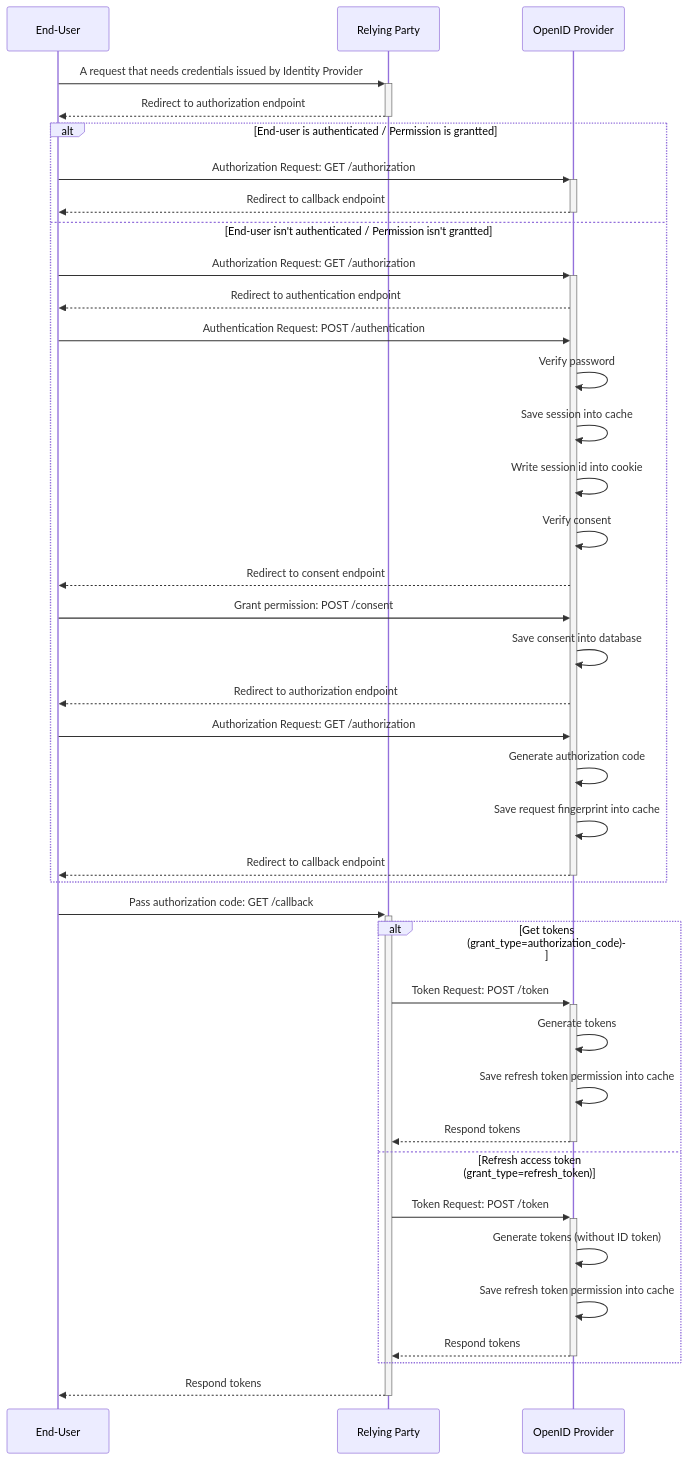
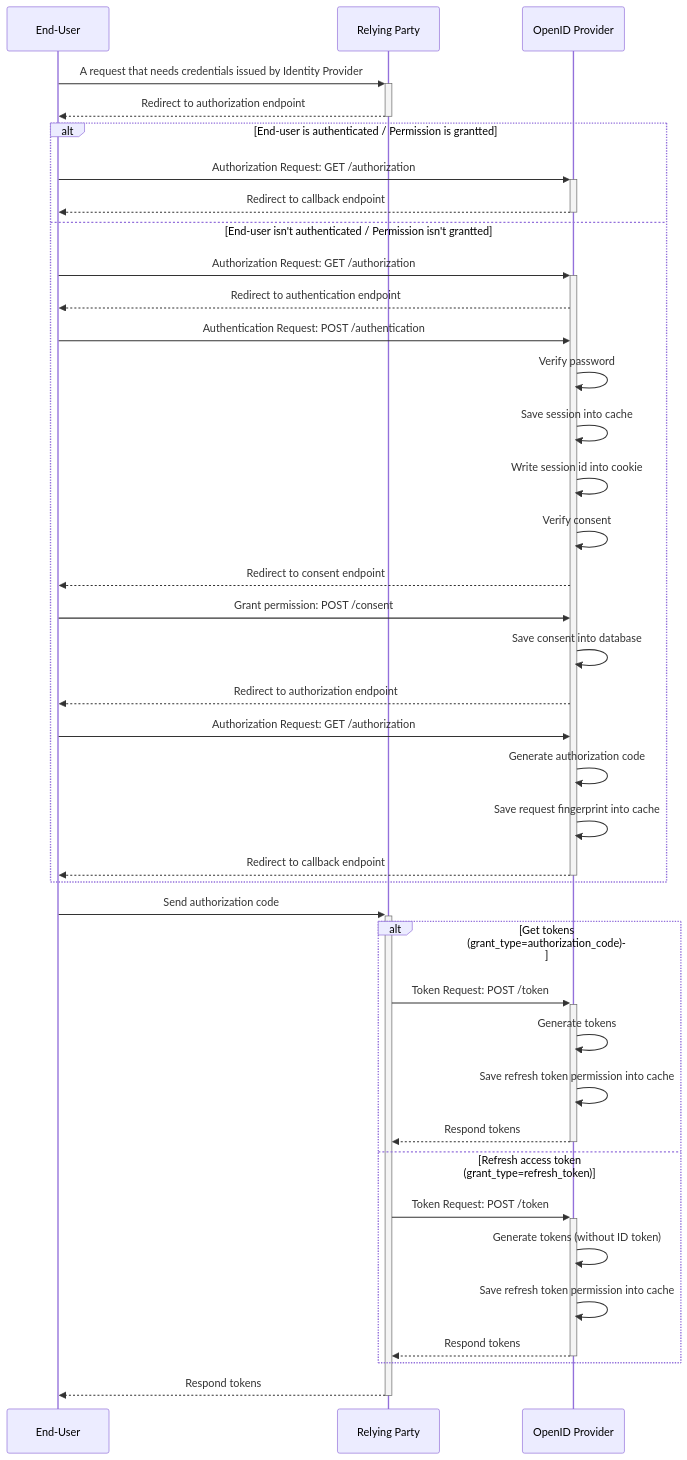
The diagram in docs/uml/sequences/authorization_code_flow/README.md (42milez/go-oidc-expt), drawn with Mermaid before and after one commit.

````diff
--- a/docs/uml/sequences/authorization_code_flow/README.md
+++ b/docs/uml/sequences/authorization_code_flow/README.md
@@ -3,49 +3,49 @@
 ```mermaid
 sequenceDiagram
   participant EndUser as End-User
   participant RP as Relying Party
   participant OP as OpenID Provider
 
   EndUser ->>+ RP: A request that needs credentials issued by Identity Provider
   RP -->>- EndUser: Redirect to authorization endpoint
 
   alt End-user is authenticated / Permission is grantted
     EndUser ->>+ OP: Authorization Request: GET /authorization
     OP -->>- EndUser: Redirect to callback endpoint
   else End-user isn't authenticated / Permission isn't grantted
     EndUser ->>+ OP: Authorization Request: GET /authorization
     OP -->> EndUser: Redirect to authentication endpoint
 
     EndUser ->> OP: Authentication Request: POST /authentication
     OP ->> OP: Verify password
     OP ->> OP: Save session into cache
     OP ->> OP: Write session id into cookie
     OP ->> OP: Verify consent
     OP -->> EndUser: Redirect to consent endpoint
 
     EndUser ->> OP: Grant permission: POST /consent
     OP ->> OP: Save consent into database
     OP -->> EndUser: Redirect to authorization endpoint
 
     EndUser ->> OP: Authorization Request: GET /authorization
     OP ->> OP: Generate authorization code
     OP ->> OP: Save request fingerprint into cache
     OP -->>- EndUser: Redirect to callback endpoint
   end
 
-  EndUser ->>+ RP: Pass authorization code: GET /callback
+  EndUser ->>+ RP: Send authorization code
 
   alt Get tokens (grant_type=authorization_code)
     RP ->>+ OP: Token Request: POST /token
     OP ->> OP: Generate tokens
     OP ->> OP: Save refresh token permission into cache
     OP -->>- RP: Respond tokens
   else Refresh access token (grant_type=refresh_token)
     RP ->>+ OP: Token Request: POST /token
     OP ->> OP: Generate tokens (without ID token)
     OP ->> OP: Save refresh token permission into cache
     OP -->>- RP: Respond tokens
   end
 
   RP -->>- EndUser: Respond tokens
 ```
````
